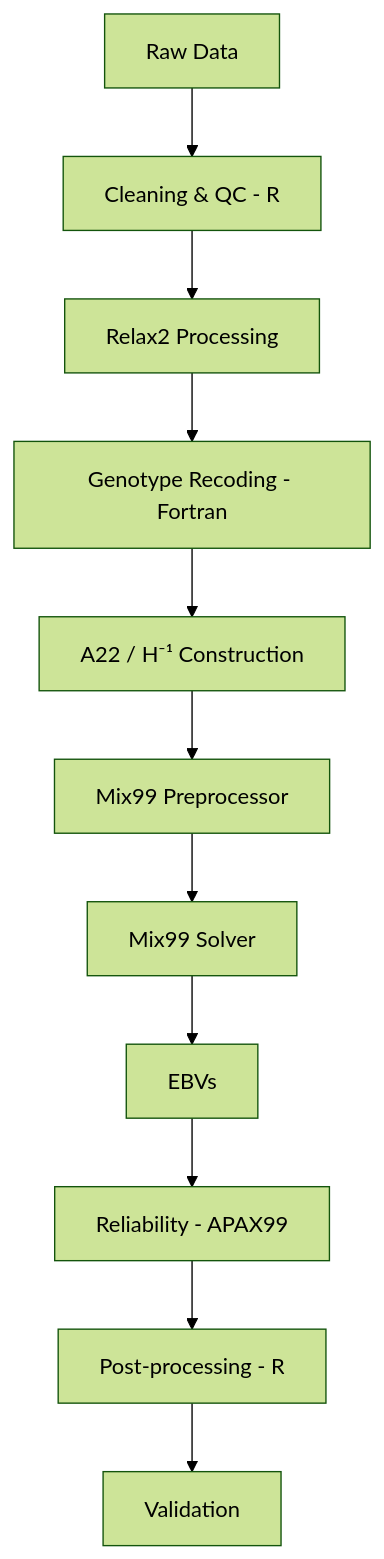
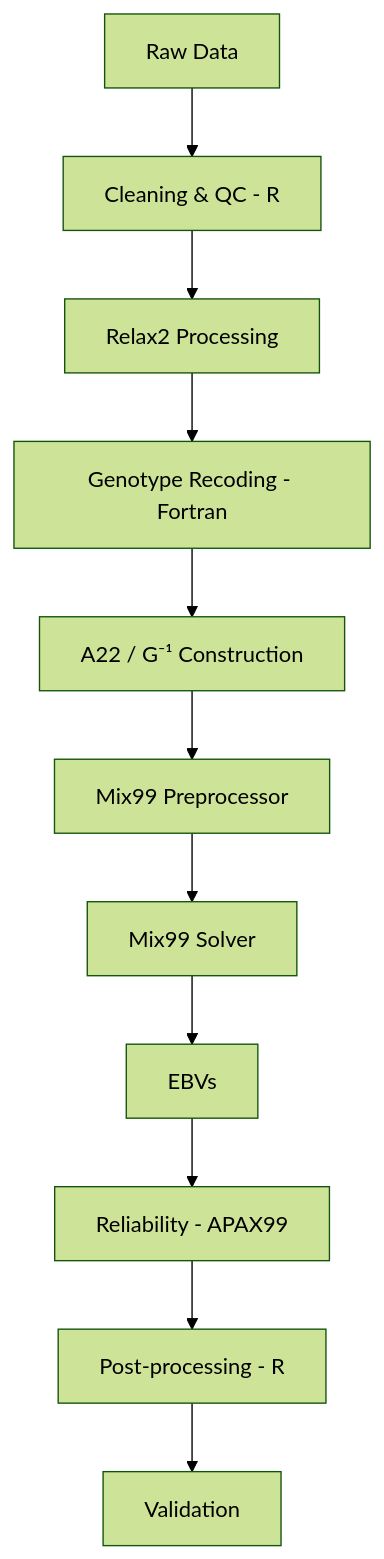
One commit to estermt/Mix99-procedure-from-phenotypes-to-EBVs changed the diagram in README.md. Above: the diagram before and after it, drawn with Mermaid (forest theme).

Commit message:
Update construction label in flowchart

````diff
--- a/README.md
+++ b/README.md
@@ -25,13 +25,13 @@
 ```mermaid
 graph TD
 A[Raw Data] --> B[Cleaning & QC - R]
 B --> C[Relax2 Processing]
 C --> D[Genotype Recoding - Fortran]
-D --> E[A22 / H⁻¹ Construction]
+D --> E[A22 / G⁻¹ Construction]
 E --> F[Mix99 Preprocessor]
 F --> G[Mix99 Solver]
 G --> H[EBVs]
 H --> I[Reliability - APAX99]
 I --> J[Post-processing - R]
 J --> K[Validation]
 ```
````
